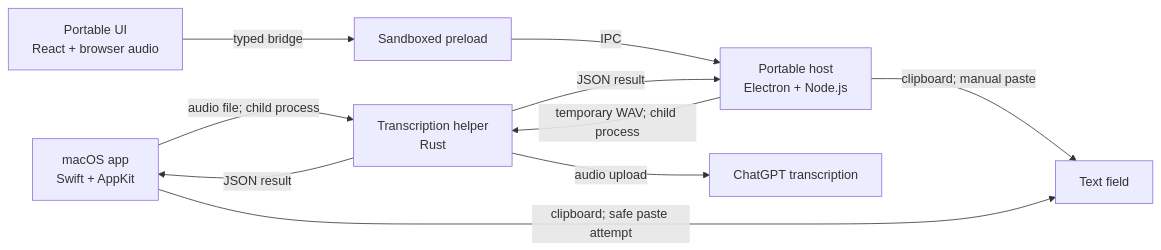
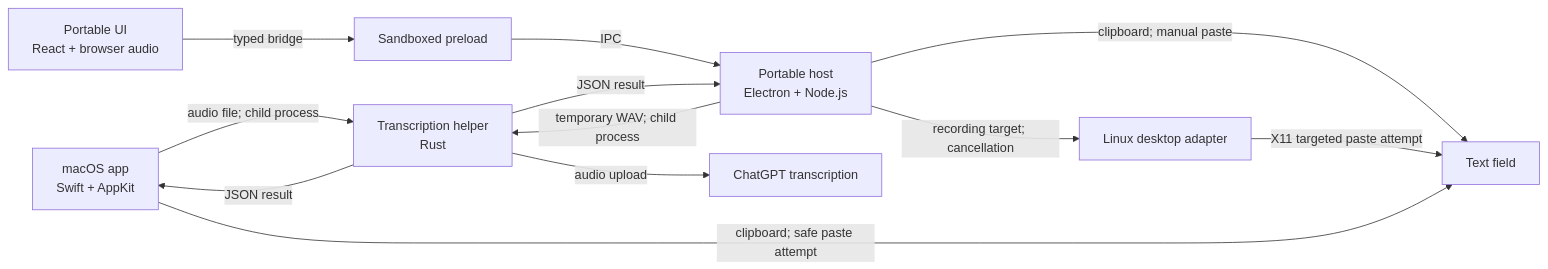
The diagram in docs/architecture.md (MaximilianMauroner/einsager), drawn with Mermaid before and after one commit. The commit also changed other lines of this file and 15 other files, not shown here.

Commit message:
Add Linux desktop integration and guarded X11 paste

````diff
--- a/docs/architecture.md
+++ b/docs/architecture.md
@@ -25,12 +26,14 @@
 ```mermaid
 flowchart LR
     native["macOS app<br/>Swift + AppKit"] -->|"audio file; child process"| helper["Transcription helper<br/>Rust"]
     renderer["Portable UI<br/>React + browser audio"] -->|"typed bridge"| preload["Sandboxed preload"]
     preload -->|"IPC"| host["Portable host<br/>Electron + Node.js"]
     host -->|"temporary WAV; child process"| helper
     helper -->|"audio upload"| chatgpt["ChatGPT transcription"]
     helper -->|"JSON result"| native
     helper -->|"JSON result"| host
     host -->|"clipboard; manual paste"| editor["Text field"]
+    host -->|"recording target; cancellation"| linux["Linux desktop adapter"]
+    linux -->|"X11 targeted paste attempt"| editor
     native -->|"clipboard; safe paste attempt"| editor
 ```
````
